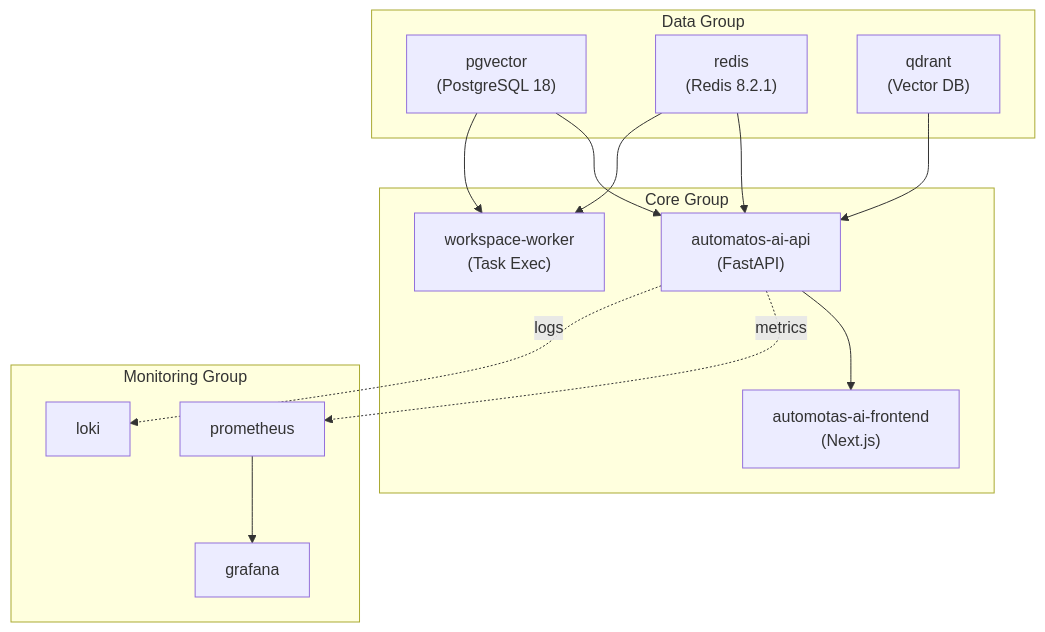
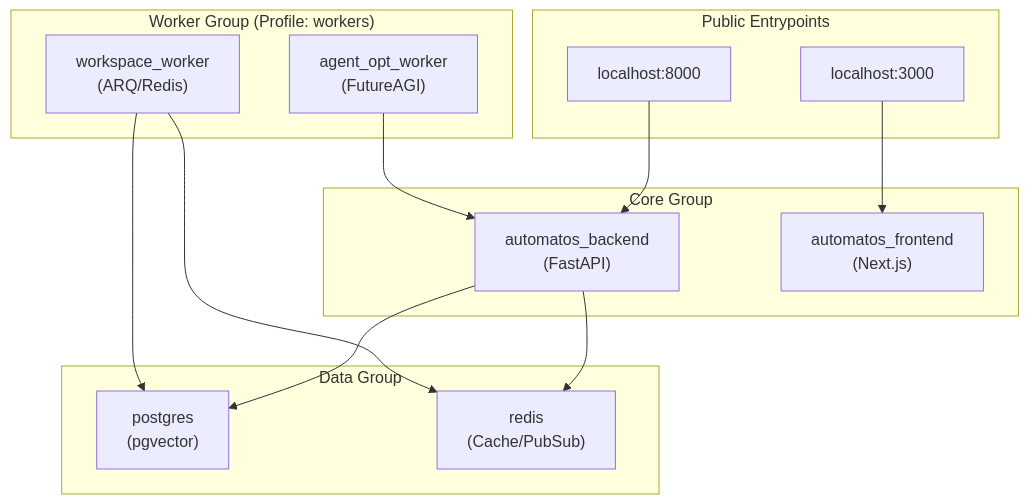
One commit to AutomatosAI/automatos-ai changed the first of 2 diagrams in docs/deployment-infrastructure/docker-compose-setup.md. Above: the diagram before and after it, drawn with Mermaid. The commit also changed other lines of this file and 153 other files, not shown here.

````diff
--- a/docs/deployment-infrastructure/docker-compose-setup.md
+++ b/docs/deployment-infrastructure/docker-compose-setup.md
@@ -54,31 +52,31 @@
 ```mermaid
 graph TB
-    subgraph "Data Group"
-        pg["pgvector<br/>(PostgreSQL 18)"]
-        redis["redis<br/>(Redis 8.2.1)"]
-        qdrant["qdrant<br/>(Vector DB)"]
-    end
-    
-    subgraph "Core Group"
-        api["automatos-ai-api<br/>(FastAPI)"]
-        ui["automotas-ai-frontend<br/>(Next.js)"]
-        ww["workspace-worker<br/>(Task Exec)"]
-    end
-    
-    subgraph "Monitoring Group"
-        prom["prometheus"]
-        graf["grafana"]
-        loki["loki"]
+    subgraph "Public Entrypoints"
+        LB_API["localhost:8000"]
+        LB_UI["localhost:3000"]
     end
 
-    pg --> api
-    redis --> api
-    qdrant --> api
-    api --> ui
-    redis --> ww
-    pg --> ww
+    subgraph "Core Group"
+        API["automatos_backend<br/>(FastAPI)"]
+        UI["automatos_frontend<br/>(Next.js)"]
+    end
+
+    subgraph "Worker Group (Profile: workers)"
+        WS_WORKER["workspace_worker<br/>(ARQ/Redis)"]
+        OPT_WORKER["agent_opt_worker<br/>(FutureAGI)"]
+    end
+
+    subgraph "Data Group"
+        PG["postgres<br/>(pgvector)"]
+        RD["redis<br/>(Cache/PubSub)"]
+    end
+
+    LB_API --> API
+    LB_UI --> UI
     
-    api -.->|"metrics"| prom
-    prom --> graf
-    api -.->|"logs"| loki
+    API --> PG
+    API --> RD
+    WS_WORKER --> RD
+    WS_WORKER --> PG
+    OPT_WORKER --> API
 ```
````
